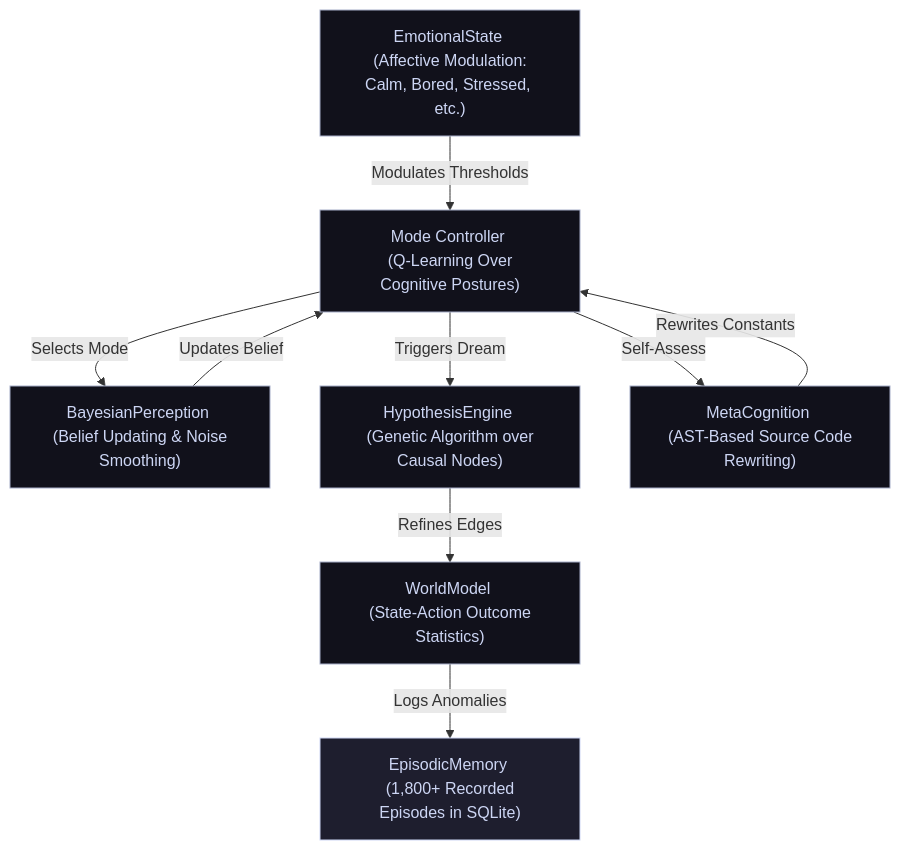
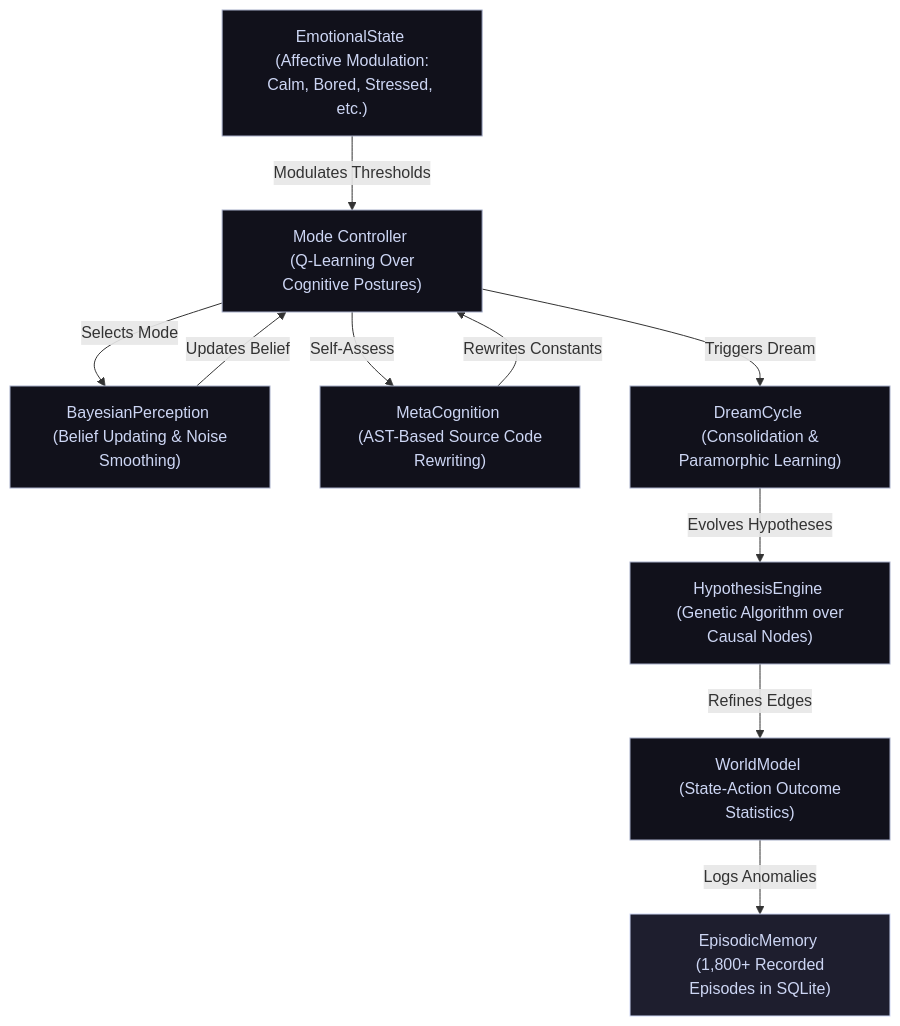
One commit to mematron/Minuet changed the diagram in README.md. Above: the diagram before and after it, drawn with Mermaid. The commit also changed other lines of this file, not shown here.

First line of the commit message:
Enhance README with Dream Cycle details and updates

````diff
--- a/README.md
+++ b/README.md
@@ -33,24 +33,26 @@
 ```mermaid
 graph TD
     %% Styling Configuration
     classDef default fill:#11111b,stroke:#a6adc8,stroke-width:1px,color:#cdd6f4;
     classDef memory fill:#1e1e2e,stroke:#cdd6f4,stroke-width:1px,color:#cdd6f4;
     
     ModeController["Mode Controller <br/> (Q-Learning Over Cognitive Postures)"]
     EpisodicMemory["EpisodicMemory <br/> (1,800+ Recorded Episodes in SQLite)"]:::memory
     BayesianPerception["BayesianPerception <br/> (Belief Updating & Noise Smoothing)"]
     WorldModel["WorldModel <br/> (State-Action Outcome Statistics)"]
     EmotionalState["EmotionalState <br/> (Affective Modulation: Calm, Bored, Stressed, etc.)"]
     HypothesisEngine["HypothesisEngine <br/> (Genetic Algorithm over Causal Nodes)"]
     MetaCognition["MetaCognition <br/> (AST-Based Source Code Rewriting)"]
+    DreamCycle["DreamCycle <br/> (Consolidation & Paramorphic Learning)"]
     
     %% Interconnections
     ModeController -->|Selects Mode| BayesianPerception
     BayesianPerception -->|Updates Belief| ModeController
     EmotionalState -->|Modulates Thresholds| ModeController
-    ModeController -->|Triggers Dream| HypothesisEngine
+    ModeController -->|Triggers Dream| DreamCycle
+    DreamCycle -->|Evolves Hypotheses| HypothesisEngine
     HypothesisEngine -->|Refines Edges| WorldModel
     WorldModel -->|Logs Anomalies| EpisodicMemory
     ModeController -->|Self-Assess| MetaCognition
     MetaCognition -->|Rewrites Constants| ModeController
 ```
````
